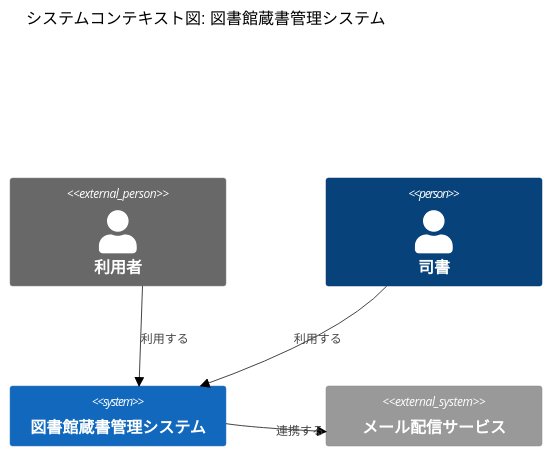
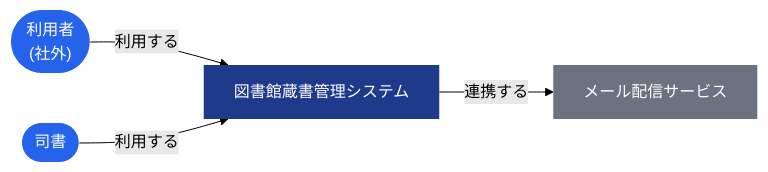
The first of 2 diagrams in samples/distillery2/library-loan/docs/adr/architecture.md (suwa-sh/suwa-sh-claude-plugins), drawn with Mermaid (forest theme) before and after one commit. The commit also changed other lines of this file and 5 other files, not shown here.

First line of the commit message:
fix(distillery2): architecture.md のコンテキスト図・コンテナ図を Mermaid の graph で描く (0.1.9)

````diff
--- a/samples/distillery2/library-loan/docs/adr/architecture.md
+++ b/samples/distillery2/library-loan/docs/adr/architecture.md
@@ -11,11 +11,15 @@
 ```mermaid
-C4Context
-title システムコンテキスト図: 図書館蔵書管理システム
-Person_Ext(actor_1, "利用者")
-Person(actor_2, "司書")
-System(sys, "図書館蔵書管理システム", "")
-System_Ext(ext_1, "メール配信サービス", "")
-Rel(actor_1, sys, "利用する")
-Rel(actor_2, sys, "利用する")
-Rel(sys, ext_1, "連携する")
+graph LR
+  actor_1(["利用者<br/>(社外)"]):::actor
+  actor_2(["司書"]):::actor
+  sys["図書館蔵書管理システム"]:::system
+  ext_1["メール配信サービス"]:::external
+  actor_1 -->|利用する| sys
+  actor_2 -->|利用する| sys
+  sys -->|連携する| ext_1
+  classDef actor fill:#2563EB,color:#fff,stroke:none
+  classDef system fill:#1E3A8A,color:#fff,stroke:none
+  classDef tier fill:#3B82F6,color:#fff,stroke:none
+  classDef store fill:#0EA5E9,color:#fff,stroke:none
+  classDef external fill:#6B7280,color:#fff,stroke:none
 ```
````
